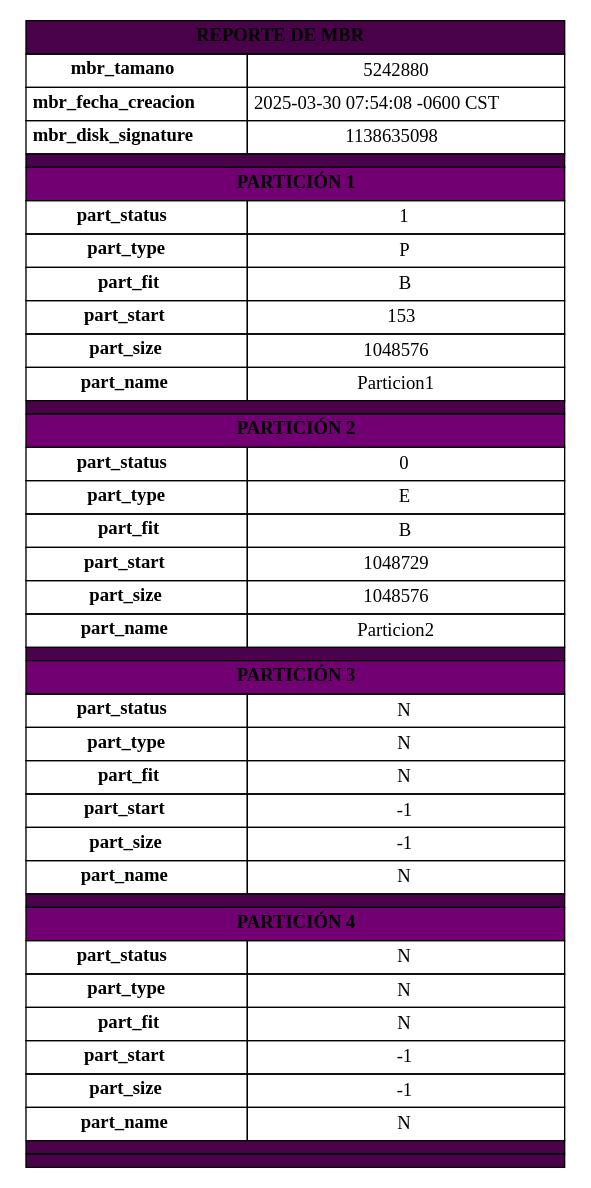
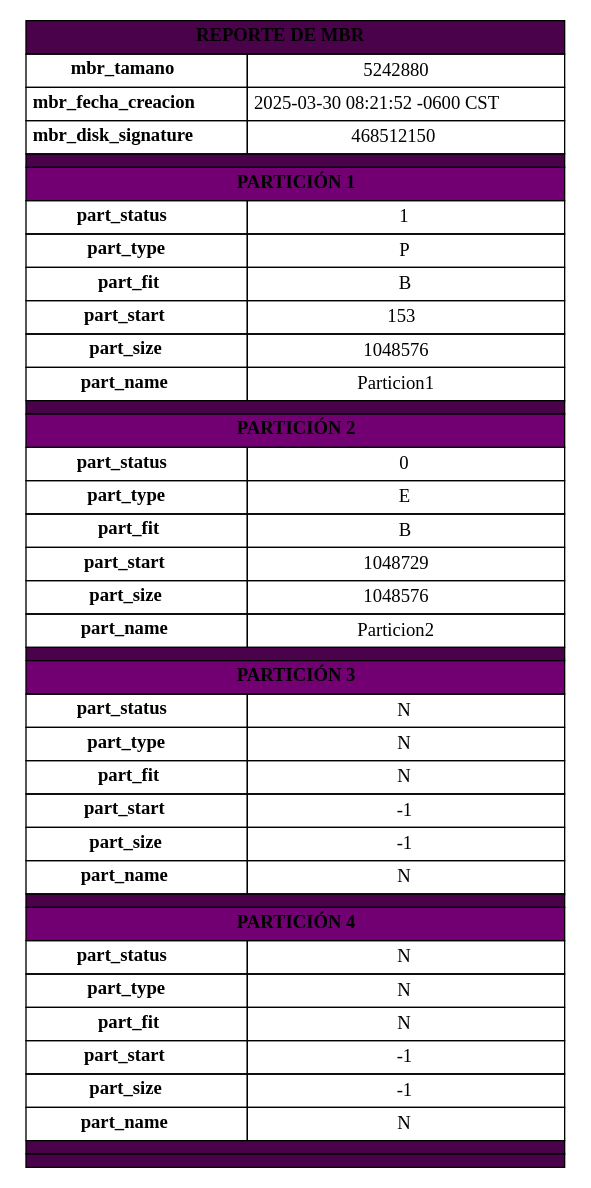
One commit to Brandon22023/MIA_1S2025_P1_202300813 changed the diagram in output/report_mbr.dot. Above: the diagram before and after it, drawn with Graphviz. The commit also changed 9 other files, not shown here.

```diff
--- a/output/report_mbr.dot
+++ b/output/report_mbr.dot
@@ -1,164 +1,164 @@
 digraph G {
 		node [shape=plaintext]
 		tabla [label=<
 			<table border="0" cellborder="1" cellspacing="0" cellpadding="4" style="rounded; font-family:Arial; font-size:12px;">
 				<!-- Encabezado principal -->
 				<tr>
 					<td colspan="2" bgcolor="#4A024A" style="color:white; font-size:16px; padding:8px; border-top-left-radius:8px; border-top-right-radius:8px;">
 						<b>REPORTE DE MBR</b>
 					</td>
 				</tr>
 				
 				<!-- Datos del MBR -->
 				<tr bgcolor="#EAD3EA">
 					<td><b>mbr_tamano</b></td>
 					<td>5242880</td>
 				</tr>
 				<tr>
 					<td><b>mbr_fecha_creacion</b></td>
-					<td>2025-03-30 07:54:08 -0600 CST</td>
+					<td>2025-03-30 08:21:52 -0600 CST</td>
 				</tr>
 				<tr bgcolor="#EAD3EA">
 					<td><b>mbr_disk_signature</b></td>
-					<td>1138635098</td>
+					<td>468512150</td>
 				</tr>
 				
 				<!-- Separador visual -->
 				<tr><td colspan="2" height="4" bgcolor="#4A024A"></td></tr>
             <!-- Partición 1 -->
             <tr>
                 <td colspan="2" bgcolor="#720072" style="color:white; font-size:14px; padding:6px;">
                     <b>PARTICIÓN 1</b>
                 </td>
             </tr>
             <tr bgcolor="#F5D0F5">
                 <td><b>part_status</b></td>
                 <td>1</td>
             </tr>
             <tr>
                 <td><b>part_type</b></td>
                 <td>P</td>
             </tr>
             <tr bgcolor="#F5D0F5">
                 <td><b>part_fit</b></td>
                 <td>B</td>
             </tr>
             <tr>
                 <td><b>part_start</b></td>
                 <td>153</td>
             </tr>
             <tr bgcolor="#F5D0F5">
                 <td><b>part_size</b></td>
                 <td>1048576</td>
             </tr>
             <tr>
                 <td><b>part_name</b></td>
                 <td>Particion1</td>
             </tr>
             
             <!-- Separador visual entre particiones -->
             <tr><td colspan="2" height="4" bgcolor="#4A024A"></td></tr>
             <!-- Partición 2 -->
             <tr>
                 <td colspan="2" bgcolor="#720072" style="color:white; font-size:14px; padding:6px;">
                     <b>PARTICIÓN 2</b>
                 </td>
             </tr>
             <tr bgcolor="#F5D0F5">
                 <td><b>part_status</b></td>
                 <td>0</td>
             </tr>
             <tr>
                 <td><b>part_type</b></td>
                 <td>E</td>
             </tr>
             <tr bgcolor="#F5D0F5">
                 <td><b>part_fit</b></td>
                 <td>B</td>
             </tr>
             <tr>
                 <td><b>part_start</b></td>
                 <td>1048729</td>
             </tr>
             <tr bgcolor="#F5D0F5">
                 <td><b>part_size</b></td>
                 <td>1048576</td>
             </tr>
             <tr>
                 <td><b>part_name</b></td>
                 <td>Particion2</td>
             </tr>
             
             <!-- Separador visual entre particiones -->
             <tr><td colspan="2" height="4" bgcolor="#4A024A"></td></tr>
             <!-- Partición 3 -->
             <tr>
                 <td colspan="2" bgcolor="#720072" style="color:white; font-size:14px; padding:6px;">
                     <b>PARTICIÓN 3</b>
                 </td>
             </tr>
             <tr bgcolor="#F5D0F5">
                 <td><b>part_status</b></td>
                 <td>N</td>
             </tr>
             <tr>
                 <td><b>part_type</b></td>
                 <td>N</td>
             </tr>
             <tr bgcolor="#F5D0F5">
                 <td><b>part_fit</b></td>
                 <td>N</td>
             </tr>
             <tr>
                 <td><b>part_start</b></td>
                 <td>-1</td>
             </tr>
             <tr bgcolor="#F5D0F5">
                 <td><b>part_size</b></td>
                 <td>-1</td>
             </tr>
             <tr>
                 <td><b>part_name</b></td>
                 <td>N</td>
             </tr>
             
             <!-- Separador visual entre particiones -->
             <tr><td colspan="2" height="4" bgcolor="#4A024A"></td></tr>
             <!-- Partición 4 -->
             <tr>
                 <td colspan="2" bgcolor="#720072" style="color:white; font-size:14px; padding:6px;">
                     <b>PARTICIÓN 4</b>
                 </td>
             </tr>
             <tr bgcolor="#F5D0F5">
                 <td><b>part_status</b></td>
                 <td>N</td>
             </tr>
             <tr>
                 <td><b>part_type</b></td>
                 <td>N</td>
             </tr>
             <tr bgcolor="#F5D0F5">
                 <td><b>part_fit</b></td>
                 <td>N</td>
             </tr>
             <tr>
                 <td><b>part_start</b></td>
                 <td>-1</td>
             </tr>
             <tr bgcolor="#F5D0F5">
                 <td><b>part_size</b></td>
                 <td>-1</td>
             </tr>
             <tr>
                 <td><b>part_name</b></td>
                 <td>N</td>
             </tr>
             
             <!-- Separador visual entre particiones -->
             <tr><td colspan="2" height="4" bgcolor="#4A024A"></td></tr>
 	<!-- Pie de tabla -->
 	<tr>
 		<td colspan="2" bgcolor="#4A024A" style="border-bottom-left-radius:8px; border-bottom-right-radius:8px; height:4px;"></td>
 	</tr>
 	</table>>] }"
```
